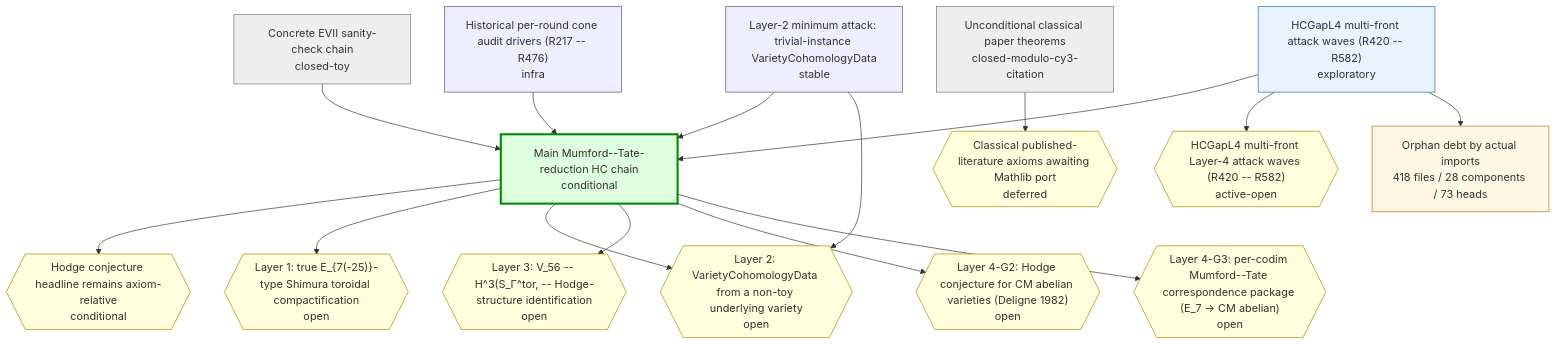
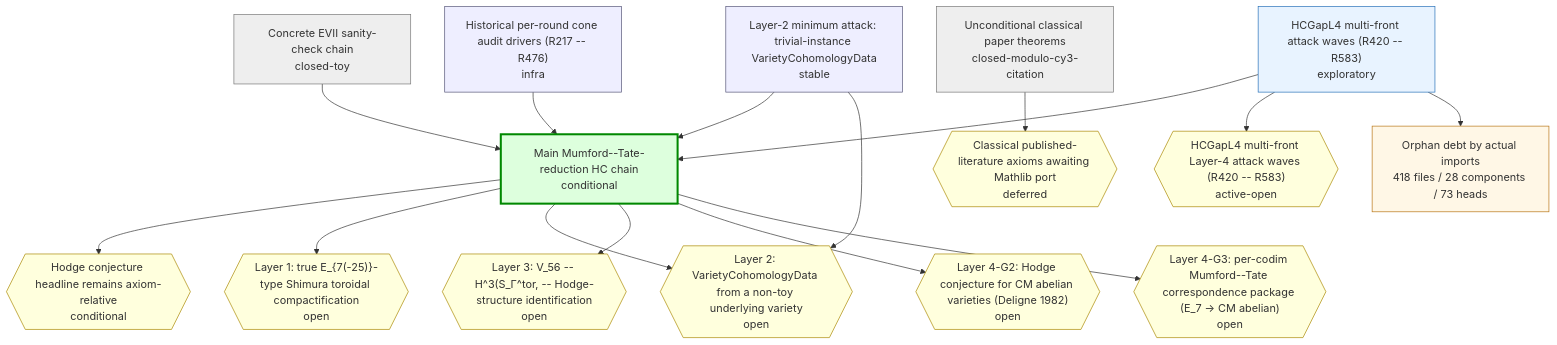
The first of 2 diagrams in chain-status/research-map.md (crabsatellite/hodge-conjecture-lean4-formalization), drawn with Mermaid before and after one commit. The commit also changed other lines of this file and 7 other files, not shown here.

````diff
--- a/chain-status/research-map.md
+++ b/chain-status/research-map.md
@@ -45,44 +45,44 @@
 ```mermaid
 graph TD
   classDef main fill:#dfd,stroke:#080,stroke-width:3px
   classDef active fill:#e8f3ff,stroke:#2670b8
   classDef support fill:#eef,stroke:#557
   classDef closed fill:#eee,stroke:#777
   classDef dead fill:#fdd,stroke:#a00,stroke-width:2px
   classDef gapOpen fill:#ffd,stroke:#a80
   classDef gapClosed fill:#eee,stroke:#777
   classDef gapDead fill:#fdd,stroke:#a00
   classDef debt fill:#fff7e6,stroke:#b87514
   classDef debtTaxonomy fill:#e8f3ff,stroke:#2670b8,stroke-dasharray:3 3
   classDef debtRule fill:#eefbea,stroke:#398439,stroke-dasharray:3 3
   classDef debtDead fill:#fdd,stroke:#a00,stroke-dasharray:3 3
   chain_main_hc_axiom_relative["Main Mumford--Tate-reduction HC chain\nconditional"]:::main
   chain_unconditional_classical["Unconditional classical paper theorems\nclosed-modulo-cy3-citation"]:::closed
   chain_hcgap_l2_trivial_instances["Layer-2 minimum attack: trivial-instance VarietyCohomologyData\nstable"]:::support
-  chain_hcgap_l4_multifront_active["HCGapL4 multi-front attack waves (R420 -- R582)\nexploratory"]:::active
+  chain_hcgap_l4_multifront_active["HCGapL4 multi-front attack waves (R420 -- R583)\nexploratory"]:::active
   chain_concrete_evii_toy["Concrete EVII sanity-check chain\nclosed-toy"]:::closed
   chain_historical_cone_audits["Historical per-round cone audit drivers (R217 -- R476)\ninfra"]:::support
   gap_G_main_hc{{"Hodge conjecture headline remains axiom-relative\nconditional"}}:::gapOpen
   gap_G_l1_e7_shimura_tor{{"Layer 1: true E_{7(-25)}-type Shimura toroidal compactification\nopen"}}:::gapOpen
   gap_G_l2_cohomology_construction{{"Layer 2: VarietyCohomologyData from a non-toy underlying variety\nopen"}}:::gapOpen
   gap_G_l3_v56_mt_identification{{"Layer 3: V_56 -- H^3(S_Γ^tor, -- Hodge-structure identification\nopen"}}:::gapOpen
   gap_G_l4_cm_abelian_hc{{"Layer 4-G2: Hodge conjecture for CM abelian varieties (Deligne 1982)\nopen"}}:::gapOpen
   gap_G_l4_mt_correspondence{{"Layer 4-G3: per-codim Mumford--Tate correspondence package (E_7 -> CM abelian)\nopen"}}:::gapOpen
   gap_G_classical_mathlib_port{{"Classical published-literature axioms awaiting Mathlib port\ndeferred"}}:::gapOpen
-  gap_G_hcgap_l4_multifront{{"HCGapL4 multi-front Layer-4 attack waves (R420 -- R582)\nactive-open"}}:::gapOpen
+  gap_G_hcgap_l4_multifront{{"HCGapL4 multi-front Layer-4 attack waves (R420 -- R583)\nactive-open"}}:::gapOpen
   chain_main_hc_axiom_relative --> gap_G_main_hc
   chain_main_hc_axiom_relative --> gap_G_l1_e7_shimura_tor
   chain_main_hc_axiom_relative --> gap_G_l2_cohomology_construction
   chain_main_hc_axiom_relative --> gap_G_l3_v56_mt_identification
   chain_main_hc_axiom_relative --> gap_G_l4_cm_abelian_hc
   chain_main_hc_axiom_relative --> gap_G_l4_mt_correspondence
   chain_unconditional_classical --> gap_G_classical_mathlib_port
   chain_hcgap_l2_trivial_instances --> chain_main_hc_axiom_relative
   chain_hcgap_l2_trivial_instances --> gap_G_l2_cohomology_construction
   chain_hcgap_l4_multifront_active --> chain_main_hc_axiom_relative
   chain_hcgap_l4_multifront_active --> gap_G_hcgap_l4_multifront
   chain_concrete_evii_toy --> chain_main_hc_axiom_relative
   chain_historical_cone_audits --> chain_main_hc_axiom_relative
   debt_all["Orphan debt by actual imports\n418 files / 28 components / 73 heads"]:::debt
   chain_hcgap_l4_multifront_active --> debt_all
 ```
````
